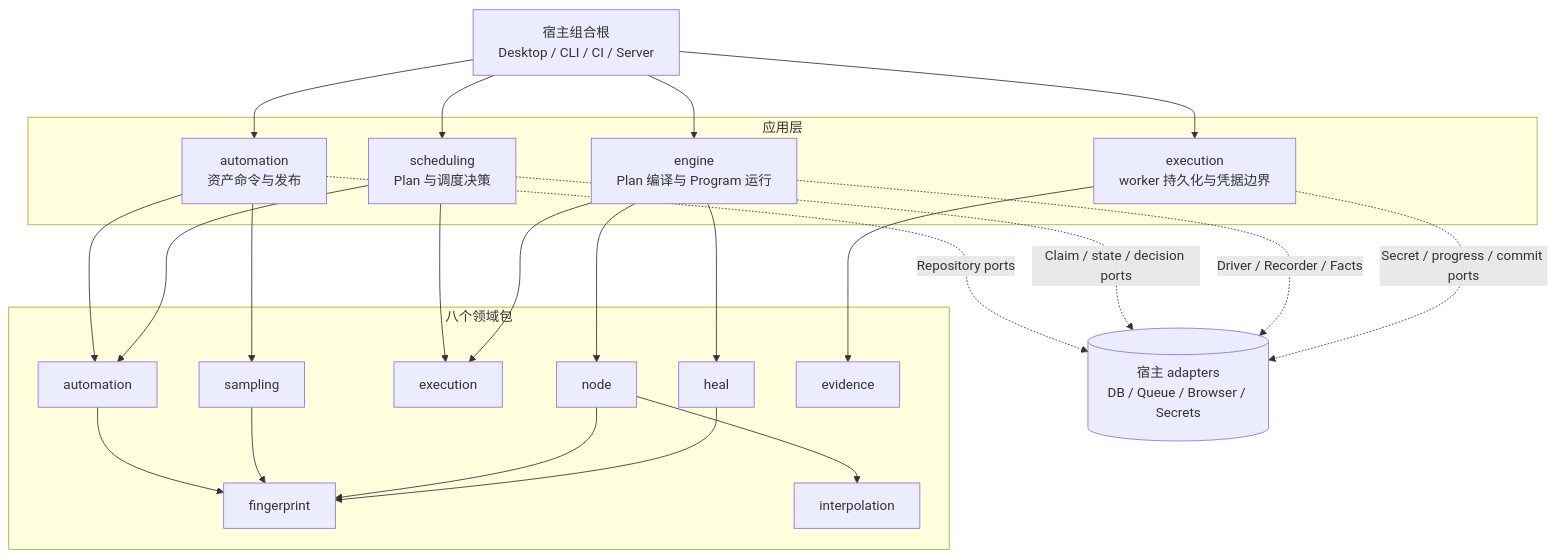
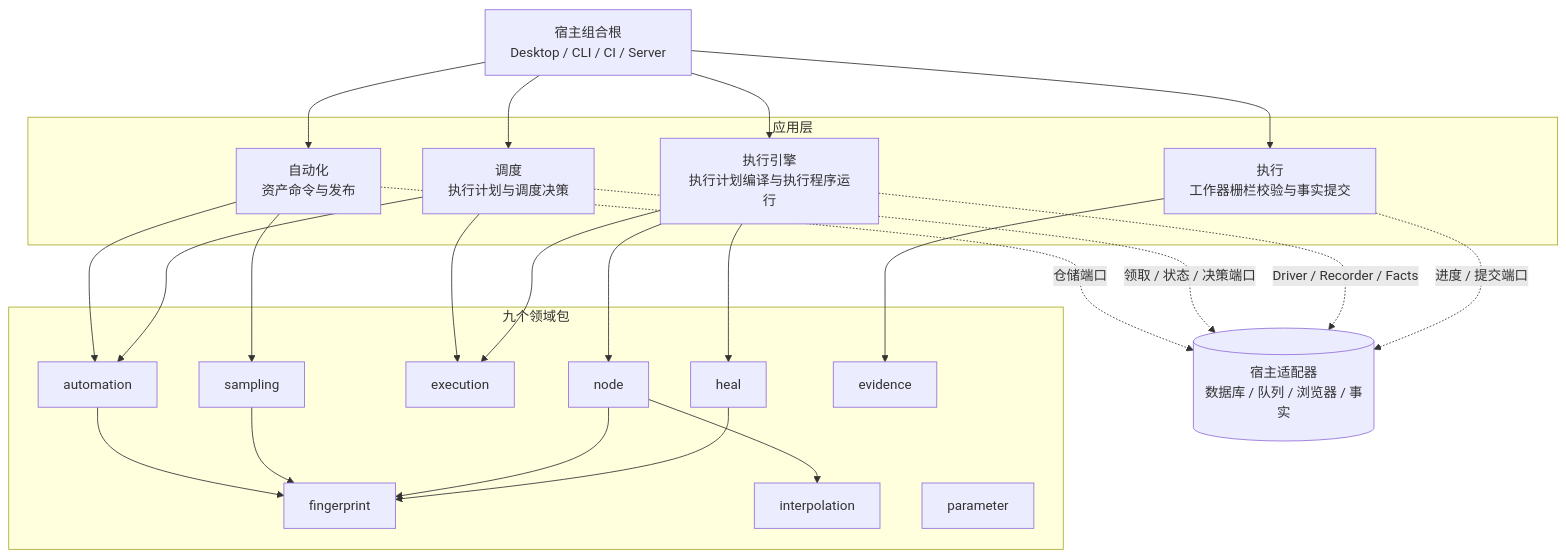
Before and after one commit to Capsule7446/healix-core: the first of 2 diagrams in README.md, drawn with Mermaid. The commit also changed other lines of this file and 180 other files, not shown here.

````diff
--- a/README.md
+++ b/README.md
@@ -29,46 +29,47 @@
 ```mermaid
 flowchart TB
   Host[宿主组合根<br/>Desktop / CLI / CI / Server]
 
   subgraph App[应用层]
-    AA[automation<br/>资产命令与发布]
-    AS[scheduling<br/>Plan 与调度决策]
-    AE[engine<br/>Plan 编译与 Program 运行]
-    AX[execution<br/>worker 持久化与凭据边界]
+    AA[自动化<br/>资产命令与发布]
+    AS[调度<br/>执行计划与调度决策]
+    AE[执行引擎<br/>执行计划编译与执行程序运行]
+    AX[执行<br/>工作器栅栏校验与事实提交]
   end
 
-  subgraph Domain[八个领域包]
+  subgraph Domain[九个领域包]
     DA[automation]
     DS[sampling]
     DE[execution]
     DN[node]
     DH[heal]
     DV[evidence]
     DF[fingerprint]
     DI[interpolation]
+    DP[parameter]
   end
 
-  Adapters[(宿主 adapters<br/>DB / Queue / Browser / Secrets)]
+  Adapters[(宿主适配器<br/>数据库 / 队列 / 浏览器 / 事实)]
 
   Host --> AA
   Host --> AS
   Host --> AE
   Host --> AX
   AA --> DA
   AA --> DS
   AS --> DA
   AS --> DE
   AE --> DE
   AE --> DN
   AE --> DH
   AX --> DV
   DA --> DF
   DS --> DF
   DN --> DF
   DN --> DI
   DH --> DF
-  AA -. Repository ports .-> Adapters
-  AS -. Claim / state / decision ports .-> Adapters
+  AA -. 仓储端口 .-> Adapters
+  AS -. 领取 / 状态 / 决策端口 .-> Adapters
   AE -. Driver / Recorder / Facts .-> Adapters
-  AX -. Secret / progress / commit ports .-> Adapters
+  AX -. 进度 / 提交端口 .-> Adapters
 ```
````
